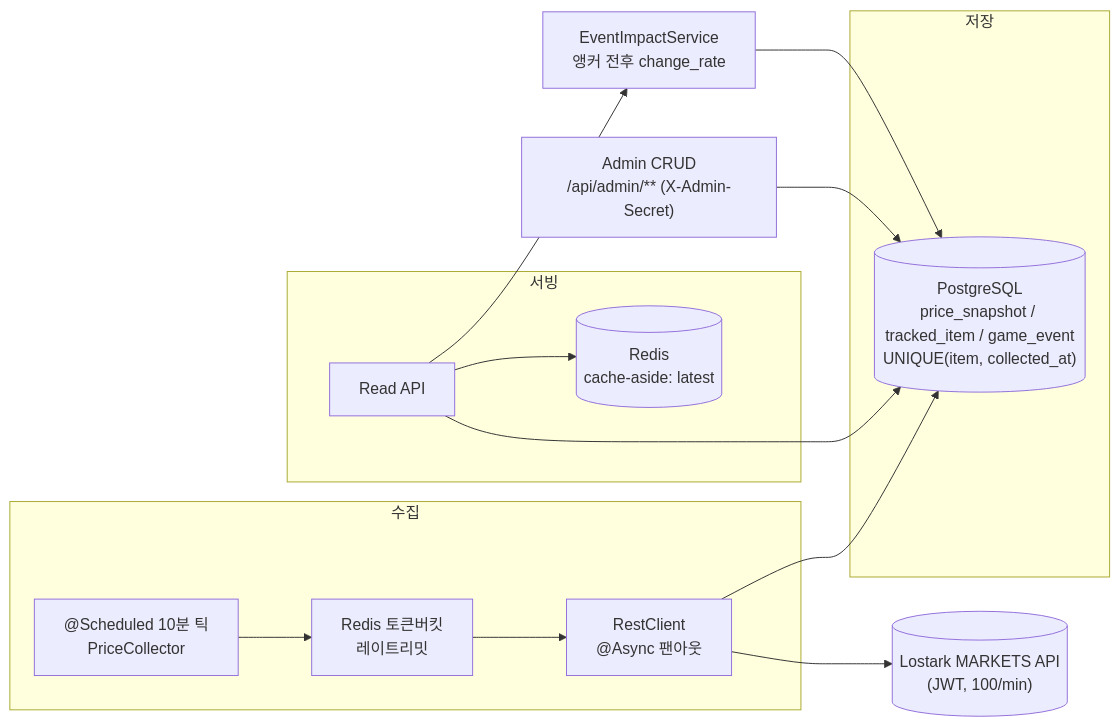
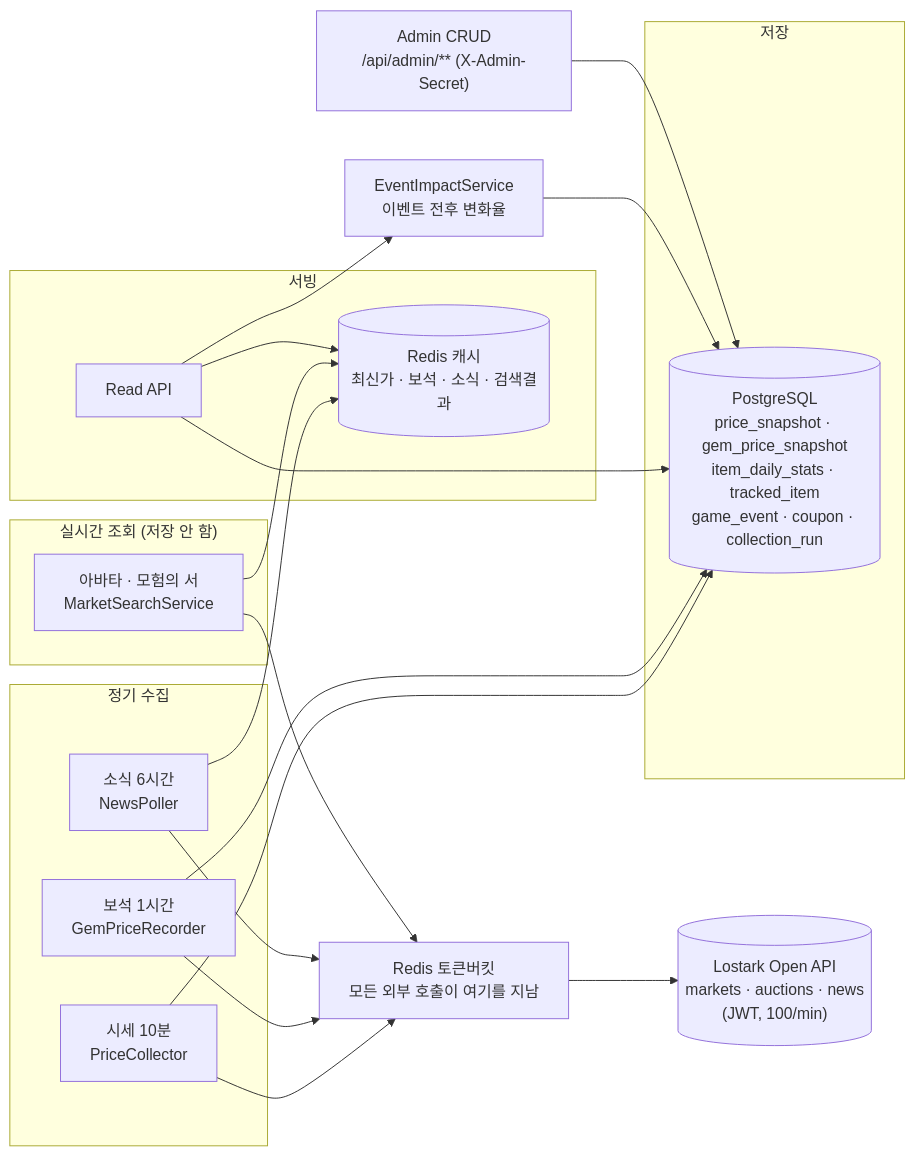
Before and after one commit to jongyeon2/lostark-market-tracker: the diagram in README.md, drawn with Mermaid. The commit also changed other lines of this file and 5 other files, not shown here.

First line of the commit message:
docs(readme): 스크린샷 5장 최신화 + 아키텍처 다이어그램을 현재 구조로 수정

````diff
--- a/README.md
+++ b/README.md
@@ -131,26 +135,44 @@
 ```mermaid
 flowchart LR
-    API[("Lostark MARKETS API\n(JWT, 100/min)")]
-    subgraph collect["수집"]
-        SCH["@Scheduled 10분 틱\nPriceCollector"]
-        RL["Redis 토큰버킷\n레이트리밋"]
-        RC["RestClient\n@Async 팬아웃"]
+    API[("Lostark Open API<br/>markets · auctions · news<br/>(JWT, 100/min)")]
+    RL["Redis 토큰버킷<br/>모든 외부 호출이 여기를 지남"]
+
+    subgraph collect["정기 수집"]
+        SCH["시세 10분<br/>PriceCollector"]
+        GEM["보석 1시간<br/>GemPriceRecorder"]
+        NEWS["소식 6시간<br/>NewsPoller"]
     end
+
+    subgraph ondemand["실시간 조회 (저장 안 함)"]
+        MK["아바타 · 모험의 서<br/>MarketSearchService"]
+    end
+
     subgraph store["저장"]
-        PG[("PostgreSQL\nprice_snapshot / tracked_item / game_event\nUNIQUE(item, collected_at)")]
+        PG[("PostgreSQL<br/>price_snapshot · gem_price_snapshot<br/>item_daily_stats · tracked_item<br/>game_event · coupon · collection_run")]
     end
+
     subgraph serve["서빙"]
         READ["Read API"]
-        CACHE[("Redis\ncache-aside: latest")]
+        CACHE[("Redis 캐시<br/>최신가 · 보석 · 소식 · 검색결과")]
     end
-    EI["EventImpactService\n앵커 전후 change_rate"]
-    ADMIN["Admin CRUD\n/api/admin/** (X-Admin-Secret)"]
 
-    SCH --> RL --> RC --> API
-    RC --> PG
+    EI["EventImpactService<br/>이벤트 전후 변화율"]
+    ADMIN["Admin CRUD<br/>/api/admin/** (X-Admin-Secret)"]
+
+    SCH --> RL
+    GEM --> RL
+    NEWS --> RL
+    MK --> RL
+    RL --> API
+
+    SCH --> PG
+    GEM --> PG
+    NEWS --> CACHE
+    MK --> CACHE
+
     READ --> CACHE
     READ --> PG
+    READ --> EI
+    EI --> PG
     ADMIN --> PG
-    EI --> PG
-    READ --> EI
 ```
````
